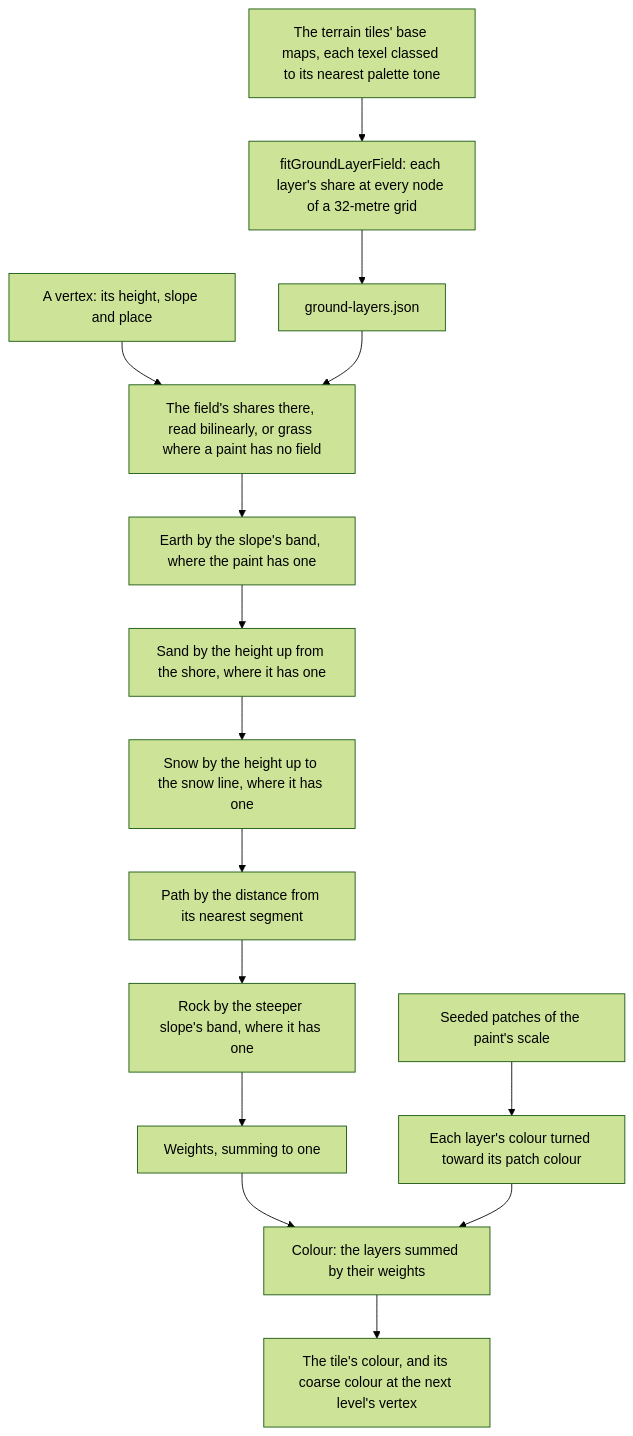
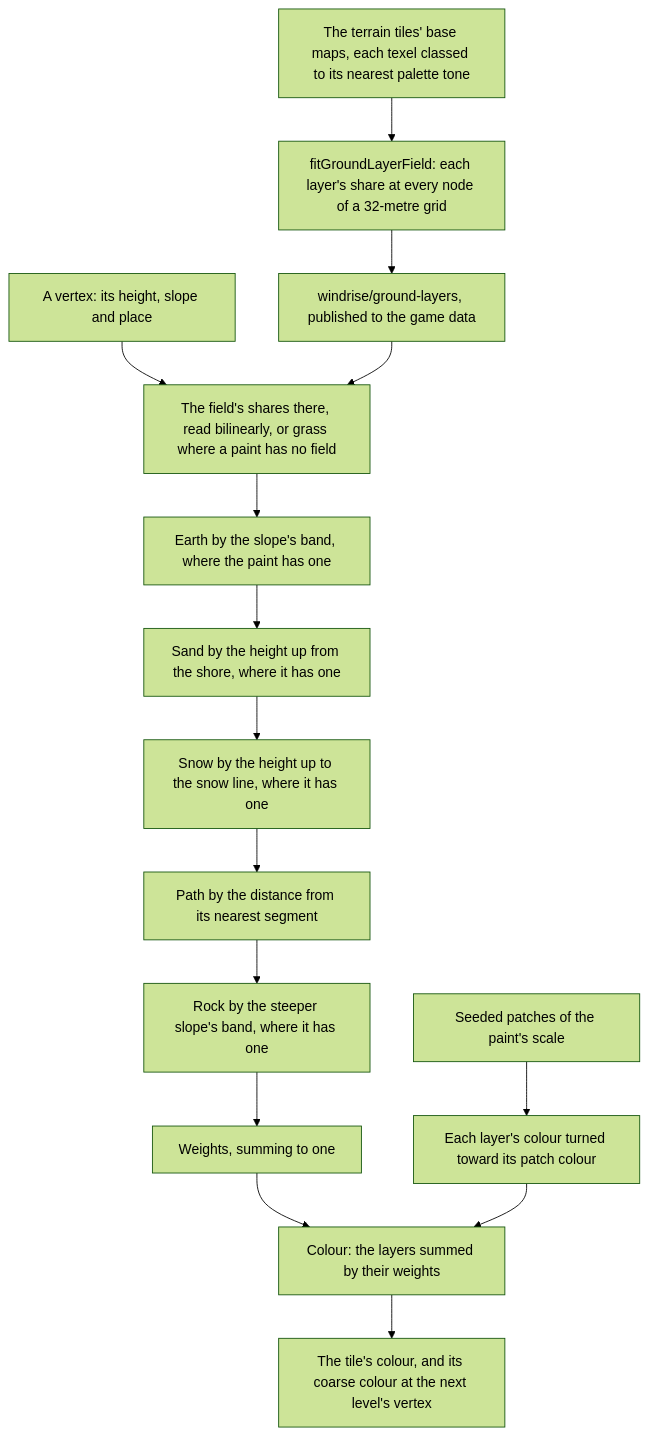
Before and after one commit to Esposter/Esposter: the diagram in apps/web/content/docs/genshin/ground-paint.md, drawn with Mermaid (forest theme). The commit also changed other lines of this file and 17 other files, not shown here.

````diff
--- a/apps/web/content/docs/genshin/ground-paint.md
+++ b/apps/web/content/docs/genshin/ground-paint.md
@@ -12,17 +12,17 @@
 ```mermaid
 flowchart TD
   BM["The terrain tiles' base maps, each texel classed to its nearest palette tone"] --> FIT["fitGroundLayerField: each layer's share at every node of a 32-metre grid"]
-  FIT --> F["ground-layers.json"]
+  FIT --> F["windrise/ground-layers, published to the game data"]
   V["A vertex: its height, slope and place"] --> L["The field's shares there, read bilinearly, or grass where a paint has no field"]
   F --> L
   L --> E["Earth by the slope's band, where the paint has one"]
   E --> S["Sand by the height up from the shore, where it has one"]
   S --> N["Snow by the height up to the snow line, where it has one"]
   N --> P["Path by the distance from its nearest segment"]
   P --> R["Rock by the steeper slope's band, where it has one"]
   R --> W["Weights, summing to one"]
   NOISE["Seeded patches of the paint's scale"] --> C["Each layer's colour turned toward its patch colour"]
   W --> SUM["Colour: the layers summed by their weights"]
   C --> SUM
   SUM --> TILE["The tile's colour, and its coarse colour at the next level's vertex"]
 ```
````
